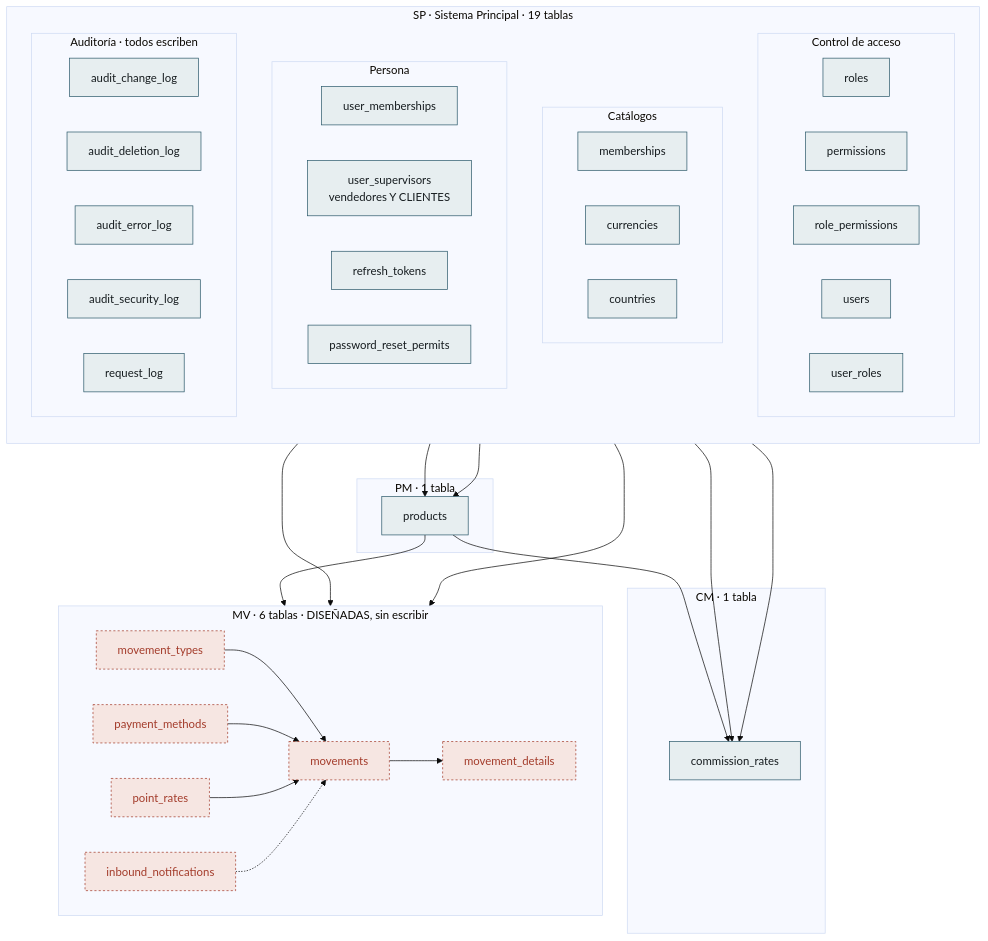
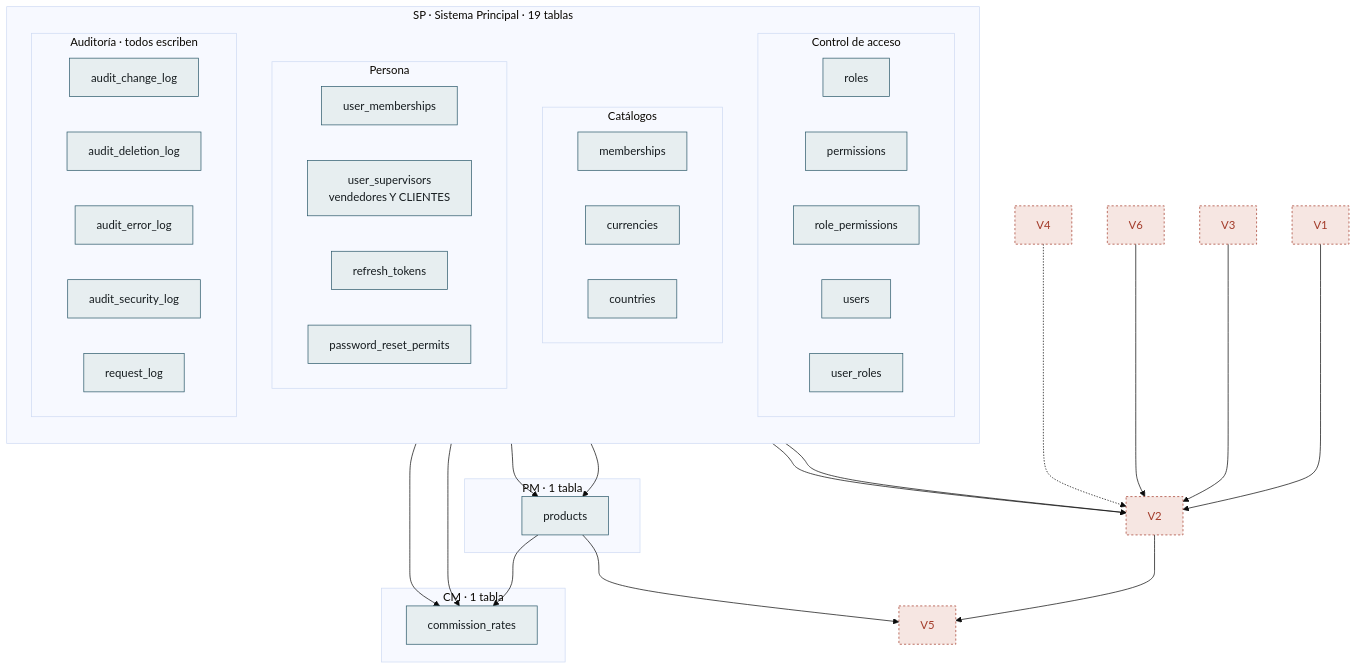
The fifth of 5 diagrams in docs/modelo-datos.md (NexusPro-Dev/backend), drawn with Mermaid (base theme) before and after one commit. The commit also changed other lines of this file and 12 other files, not shown here.

````diff
--- a/docs/modelo-datos.md
+++ b/docs/modelo-datos.md
@@ -477,72 +369,63 @@
 ```mermaid
 flowchart TB
     subgraph SP["SP · Sistema Principal · 19 tablas"]
         direction TB
         subgraph ACC["Control de acceso"]
             direction LR
             A1["roles"]
             A2["permissions"]
             A3["role_permissions"]
             C1["users"]
             C2["user_roles"]
         end
         subgraph CAT["Catálogos"]
             direction LR
             A4["memberships"]
             A5["currencies"]
             A6["countries"]
         end
         subgraph PER["Persona"]
             direction LR
             C6["user_memberships"]
             C4["user_supervisors<br/>vendedores Y CLIENTES"]
             C3["refresh_tokens"]
             C5["password_reset_permits"]
         end
         subgraph AUD["Auditoría · todos escriben"]
             direction LR
             B1["audit_change_log"]
             B2["audit_deletion_log"]
             B3["audit_error_log"]
             B4["audit_security_log"]
             OBS["request_log"]
         end
     end
 
     subgraph PM["PM · 1 tabla"]
         P1["products"]
     end
 
     subgraph CM["CM · 1 tabla"]
         M1["commission_rates"]
     end
 
-    subgraph MV["MV · 6 tablas · DISEÑADAS, sin escribir"]
-        direction LR
-        V1["movement_types"]
-        V2["movements"]
-        V5["movement_details"]
-        V3["payment_methods"]
-        V6["point_rates"]
-        V4["inbound_notifications"]
-    end
 
     A4 --> P1
     A5 --> P1
     A1 --> M1
     P1 --> M1
     C1 --> M1
     V2 --> V5
     P1 --> V5
     C1 --> V2
     A5 --> V2
     V1 --> V2
     V3 --> V2
     V6 --> V2
     V4 -.-> V2
 
     classDef escrita fill:#e7eef0,stroke:#2d5a6b,color:#151b1e
     classDef disenada fill:#f6e6e2,stroke:#a33b2a,stroke-dasharray:3 3,color:#a33b2a
     class A1,A2,A3,A4,A5,A6,B1,B2,B3,B4,C1,C2,C3,C4,C5,C6,OBS,P1,M1 escrita
     class V1,V2,V3,V4,V5,V6 disenada
 ```
````
